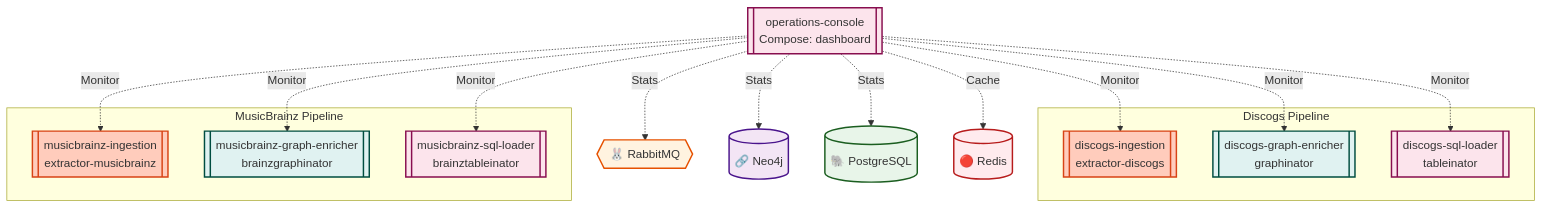
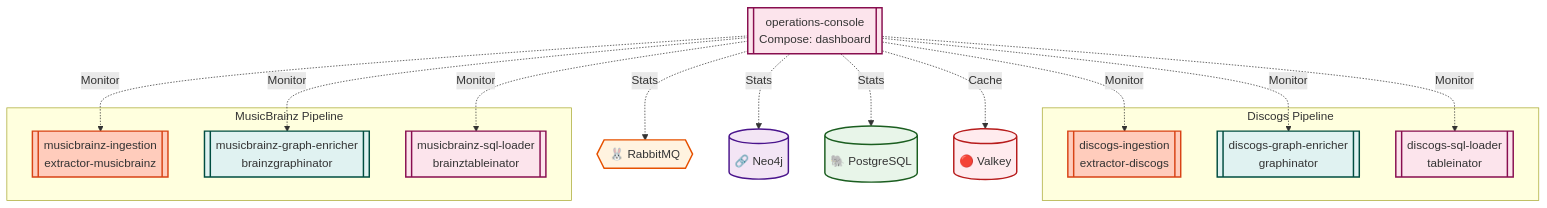
Before and after one commit to groovemap-music/deployment: the third of 7 diagrams in docs/architecture.md, drawn with Mermaid. The commit also changed other lines of this file and 10 other files, not shown here.

First line of the commit message:
docs(valkey): sweep deployment docs from Redis to Valkey

````diff
--- a/docs/architecture.md
+++ b/docs/architecture.md
@@ -167,44 +167,44 @@
 ```mermaid
 graph TD
     DASH[["operations-console<br/>Compose: dashboard"]]
 
     subgraph Discogs ["Discogs Pipeline"]
         EXT_D[["discogs-ingestion<br/>extractor-discogs"]]
         GRAPH[["discogs-graph-enricher<br/>graphinator"]]
         TABLE[["discogs-sql-loader<br/>tableinator"]]
     end
 
     subgraph MB ["MusicBrainz Pipeline"]
         EXT_MB[["musicbrainz-ingestion<br/>extractor-musicbrainz"]]
         BGRAPH[["musicbrainz-graph-enricher<br/>brainzgraphinator"]]
         BTABLE[["musicbrainz-sql-loader<br/>brainztableinator"]]
     end
 
     RMQ{{"🐰 RabbitMQ"}}
     NEO4J[("🔗 Neo4j")]
     PG[("🐘 PostgreSQL")]
-    REDIS[("🔴 Redis")]
+    VALKEY[("🔴 Valkey")]
 
     DASH -.->|Monitor| EXT_D
     DASH -.->|Monitor| GRAPH
     DASH -.->|Monitor| TABLE
     DASH -.->|Monitor| EXT_MB
     DASH -.->|Monitor| BGRAPH
     DASH -.->|Monitor| BTABLE
     DASH -.->|Stats| RMQ
     DASH -.->|Stats| NEO4J
     DASH -.->|Stats| PG
-    DASH -.->|Cache| REDIS
+    DASH -.->|Cache| VALKEY
 
     style DASH fill:#fce4ec,stroke:#880e4f,stroke-width:2px
     style EXT_D fill:#ffccbc,stroke:#d84315,stroke-width:2px
     style EXT_MB fill:#ffccbc,stroke:#d84315,stroke-width:2px
     style GRAPH fill:#e0f2f1,stroke:#004d40,stroke-width:2px
     style TABLE fill:#fce4ec,stroke:#880e4f,stroke-width:2px
     style BGRAPH fill:#e0f2f1,stroke:#004d40,stroke-width:2px
     style BTABLE fill:#fce4ec,stroke:#880e4f,stroke-width:2px
     style RMQ fill:#fff3e0,stroke:#e65100,stroke-width:2px
     style NEO4J fill:#f3e5f5,stroke:#4a148c,stroke-width:2px
     style PG fill:#e8f5e9,stroke:#1b5e20,stroke-width:2px
-    style REDIS fill:#ffebee,stroke:#b71c1c,stroke-width:2px
+    style VALKEY fill:#ffebee,stroke:#b71c1c,stroke-width:2px
 ```
````
